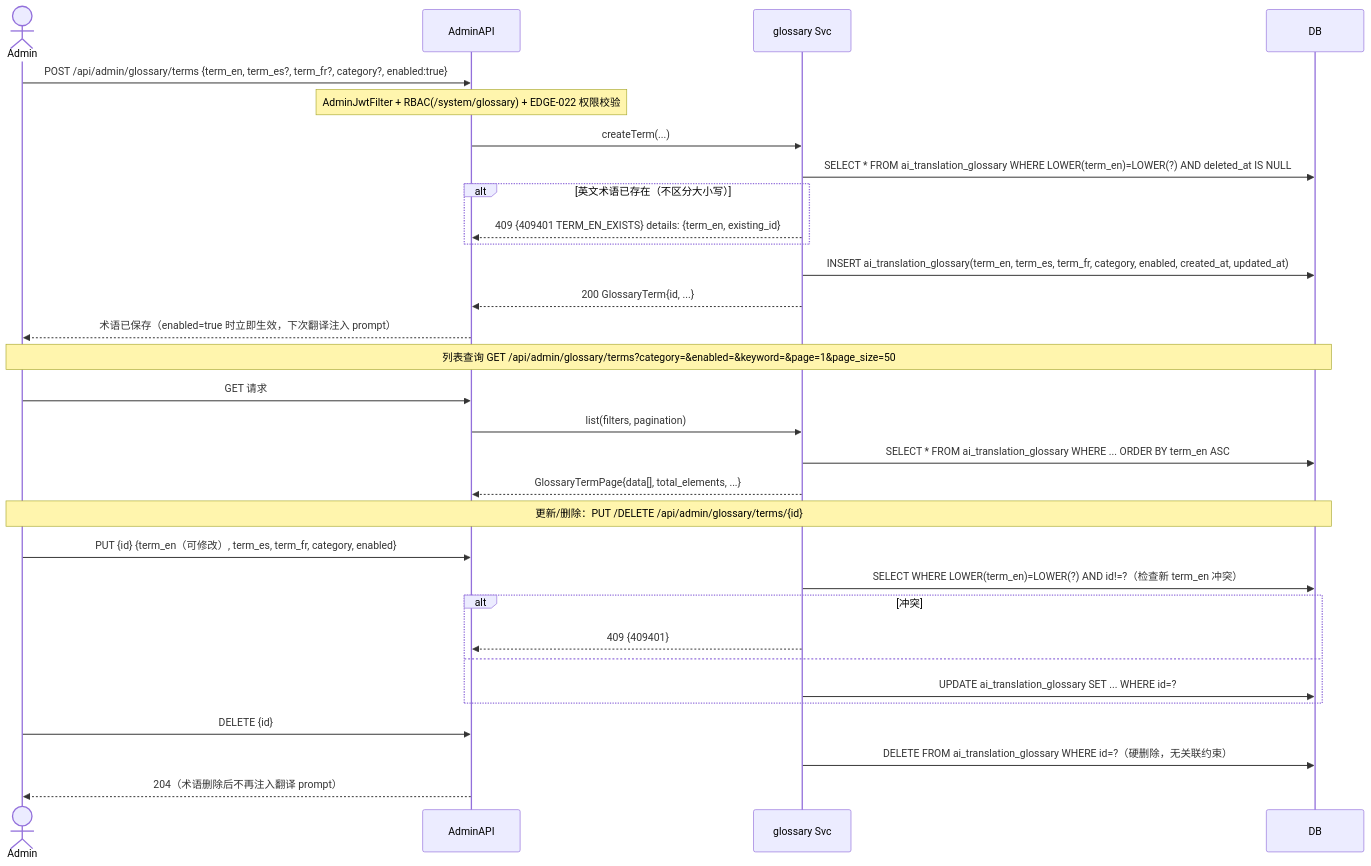
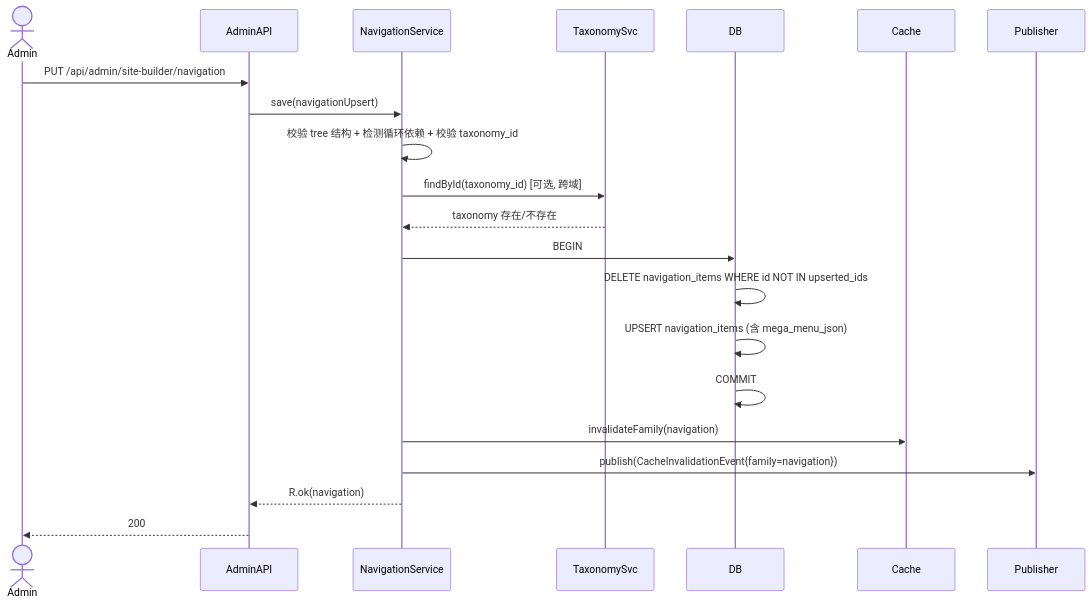
The second of 4 diagrams in hhspec/specs/architecture/data-flow.md (hptec/dreamy), drawn with Mermaid before and after one commit. The commit also changed other lines of this file and 73 other files, not shown here.

````diff
--- a/hhspec/specs/architecture/data-flow.md
+++ b/hhspec/specs/architecture/data-flow.md
@@ -274,39 +144,24 @@
 ```mermaid
 sequenceDiagram
     actor Admin
     participant AdminAPI
-    participant Svc as glossary Svc
+    participant Svc as NavigationService
+    participant TaxonomySvc
     participant DB
+    participant Cache
+    participant Publisher
 
-    Admin->>AdminAPI: POST /api/admin/glossary/terms {term_en, term_es?, term_fr?, category?, enabled:true}
-    Note over AdminAPI: AdminJwtFilter + RBAC(/system/glossary) + EDGE-022 权限校验
-    AdminAPI->>Svc: createTerm(...)
-    
-    Svc->>DB: SELECT * FROM ai_translation_glossary WHERE LOWER(term_en)=LOWER(?) AND deleted_at IS NULL
-    alt 英文术语已存在（不区分大小写）
-        Svc-->>AdminAPI: 409 {409401 TERM_EN_EXISTS} details: {term_en, existing_id}
-    end
-    
-    Svc->>DB: INSERT ai_translation_glossary(term_en, term_es, term_fr, category, enabled, created_at, updated_at)
-    Svc-->>AdminAPI: 200 GlossaryTerm{id, ...}
-    AdminAPI-->>Admin: 术语已保存（enabled=true 时立即生效，下次翻译注入 prompt）
-    
-    Note over Admin,DB: 列表查询 GET /api/admin/glossary/terms?category=&enabled=&keyword=&page=1&page_size=50
-    Admin->>AdminAPI: GET 请求
-    AdminAPI->>Svc: list(filters, pagination)
-    Svc->>DB: SELECT * FROM ai_translation_glossary WHERE ... ORDER BY term_en ASC
-    Svc-->>AdminAPI: GlossaryTermPage{data[], total_elements, ...}
-    
-    Note over Admin,DB: 更新/删除：PUT /DELETE /api/admin/glossary/terms/{id}
-    Admin->>AdminAPI: PUT {id} {term_en（可修改）, term_es, term_fr, category, enabled}
-    Svc->>DB: SELECT WHERE LOWER(term_en)=LOWER(?) AND id!=?（检查新 term_en 冲突）
-    alt 冲突
-        Svc-->>AdminAPI: 409 {409401}
-    else
-        Svc->>DB: UPDATE ai_translation_glossary SET ... WHERE id=?
-    end
-    
-    Admin->>AdminAPI: DELETE {id}
-    Svc->>DB: DELETE FROM ai_translation_glossary WHERE id=?（硬删除，无关联约束）
-    AdminAPI-->>Admin: 204（术语删除后不再注入翻译 prompt）
+    Admin->>AdminAPI: PUT /api/admin/site-builder/navigation
+    AdminAPI->>Svc: save(navigationUpsert)
+    Svc->>Svc: 校验 tree 结构 + 检测循环依赖 + 校验 taxonomy_id
+    Svc->>TaxonomySvc: findById(taxonomy_id) [可选, 跨域]
+    TaxonomySvc-->>Svc: taxonomy 存在/不存在
+    Svc->>DB: BEGIN
+    DB->>DB: DELETE navigation_items WHERE id NOT IN upserted_ids
+    DB->>DB: UPSERT navigation_items (含 mega_menu_json)
+    DB->>DB: COMMIT
+    Svc->>Cache: invalidateFamily(navigation)
+    Svc->>Publisher: publish(CacheInvalidationEvent{family=navigation})
+    Svc-->>AdminAPI: R.ok(navigation)
+    AdminAPI-->>Admin: 200
 ```
````
